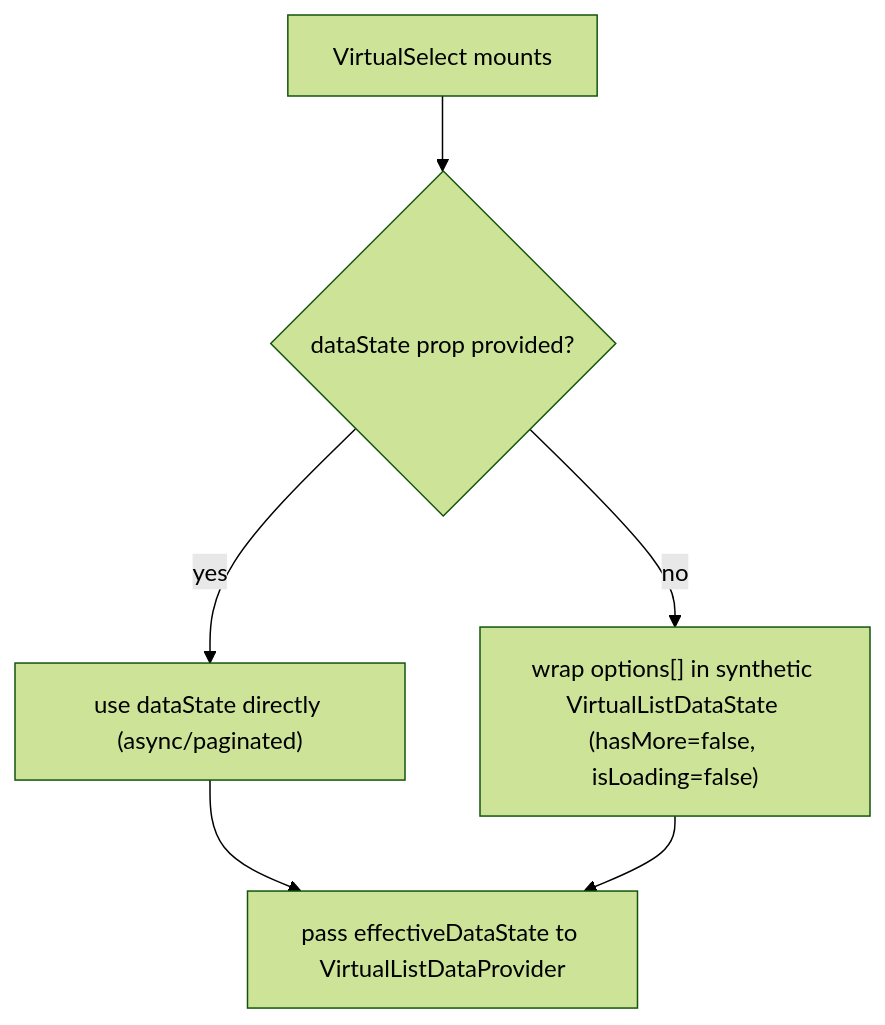
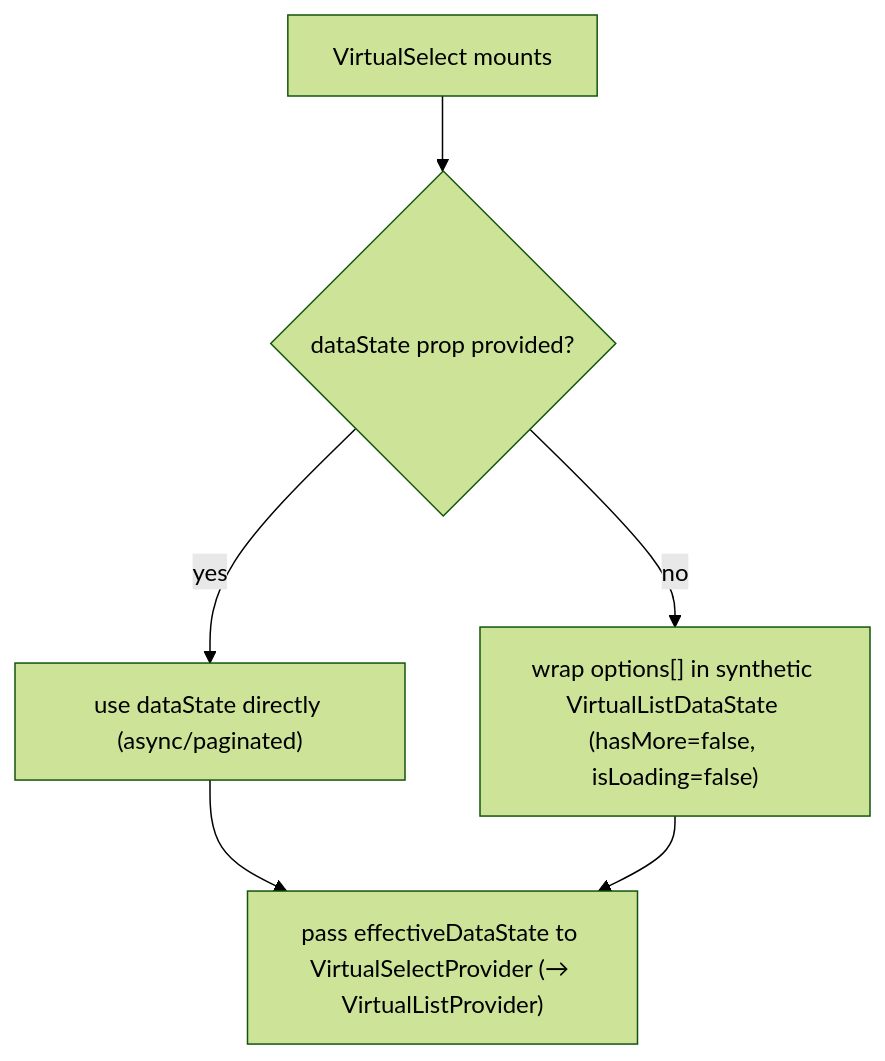
Before and after one commit to luciocabrera/lcabrera-stack: the third of 3 diagrams in packages/ui/src/components/VirtualSelect/ARCHITECTURE.md, drawn with Mermaid (forest theme). The commit also changed other lines of this file and 29 other files, not shown here.

````diff
--- a/packages/ui/src/components/VirtualSelect/ARCHITECTURE.md
+++ b/packages/ui/src/components/VirtualSelect/ARCHITECTURE.md
@@ -121,7 +120,7 @@
 ```mermaid
 graph TD
   A["VirtualSelect mounts"] --> B{"dataState prop provided?"}
   B -->|yes| C["use dataState directly (async/paginated)"]
   B -->|no| D["wrap options[] in synthetic VirtualListDataState (hasMore=false, isLoading=false)"]
-  C & D --> P["pass effectiveDataState to VirtualListDataProvider"]
+  C & D --> P["pass effectiveDataState to VirtualSelectProvider (→ VirtualListProvider)"]
 ```
````
